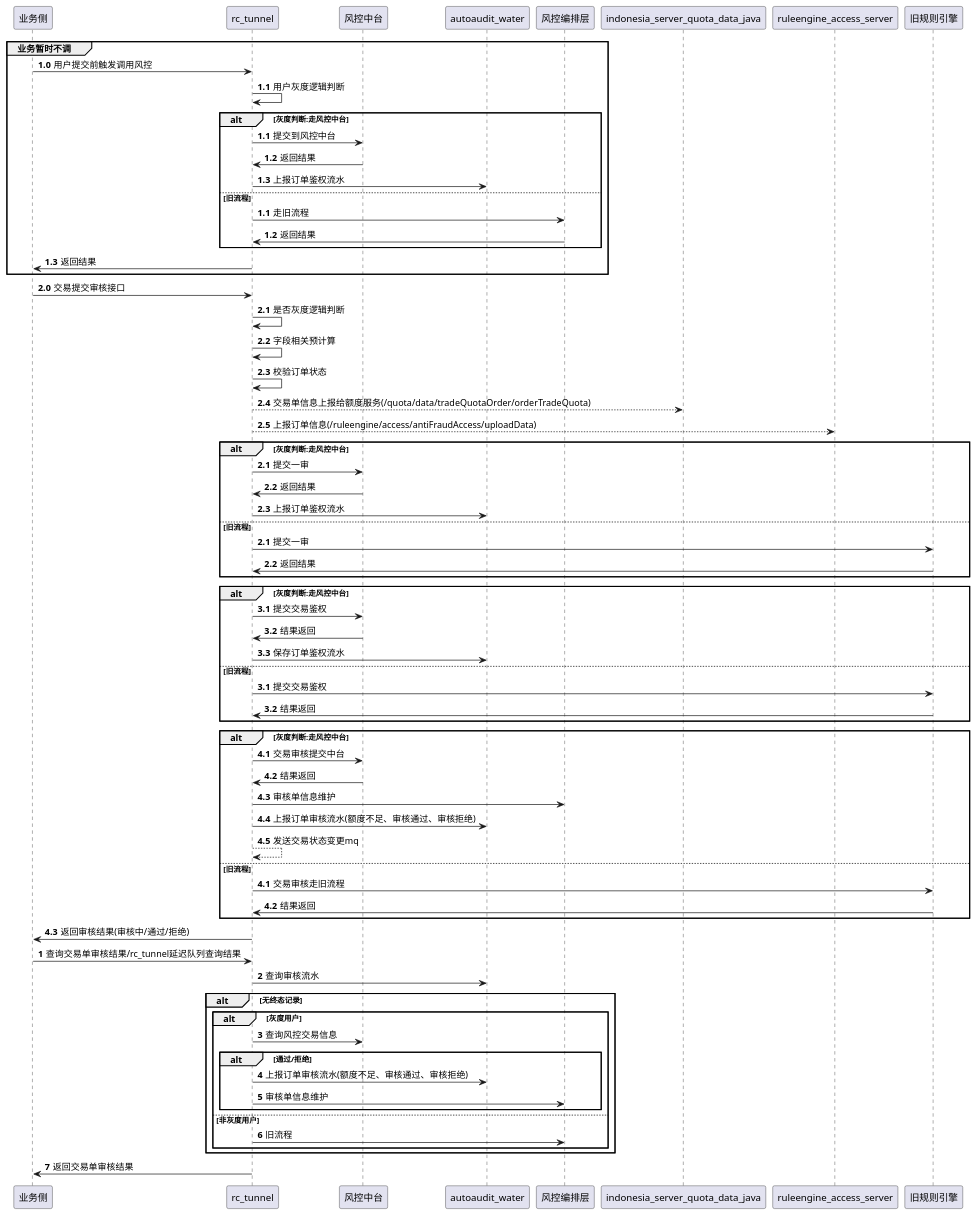
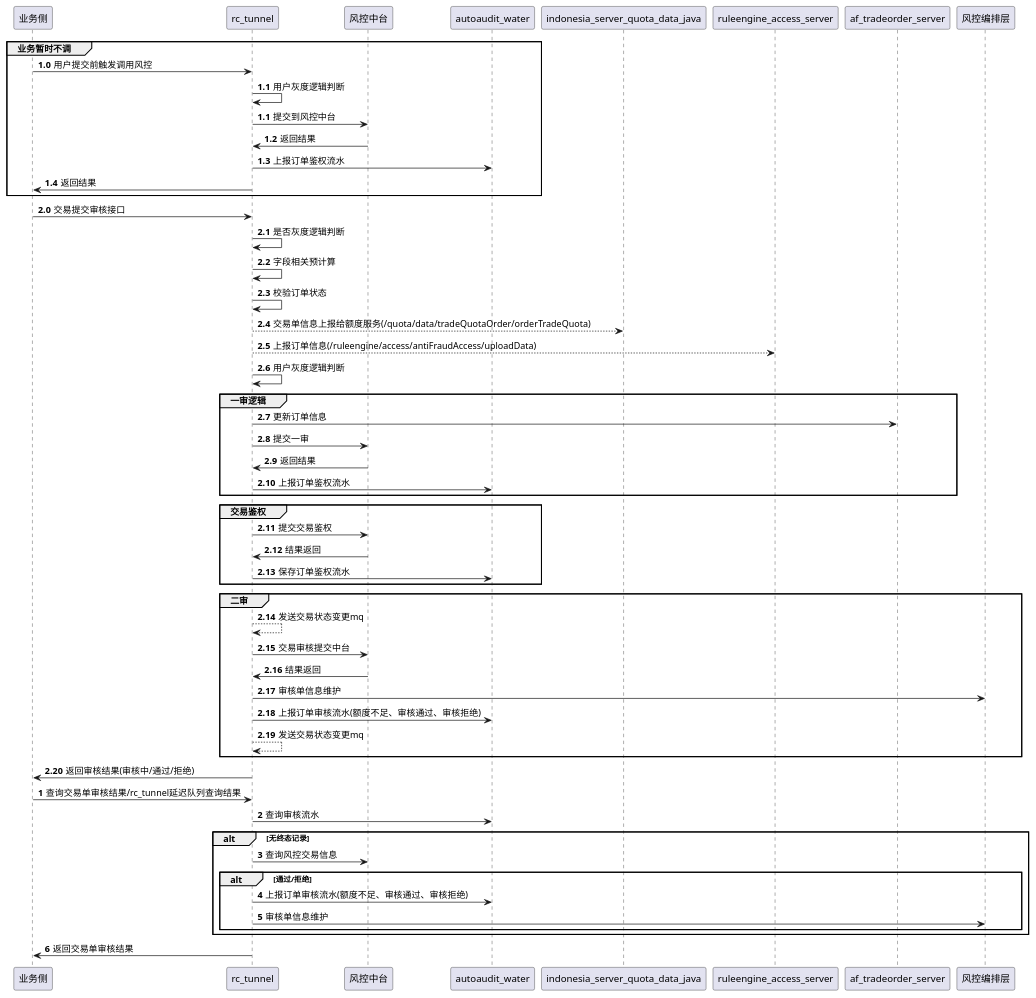
One commit to lujx98/algo changed the diagram in random/src/main/java/com/p2/技术方案-p2流程设计.puml. Above: the diagram before and after it, drawn with PlantUML. The commit also changed 2 other files, not shown here.

```diff
--- a/random/src/main/java/com/p2/技术方案-p2流程设计.puml
+++ b/random/src/main/java/com/p2/技术方案-p2流程设计.puml
@@ -1,107 +1,82 @@
 @startuml
 'https://plantuml.com/sequence-diagram
 
 
 autonumber
 
 group 业务暂时不调
 autonumber 1.0
 业务侧 -> rc_tunnel:用户提交前触发调用风控
 rc_tunnel -> rc_tunnel:用户灰度逻辑判断
-alt 灰度判断:走风控中台
+
     autonumber 1.1
     rc_tunnel -> 风控中台:提交到风控中台
     风控中台 -> rc_tunnel:返回结果
     rc_tunnel -> autoaudit_water:上报订单鉴权流水
-else 旧流程
-    autonumber 1.1
-    rc_tunnel -> 风控编排层:走旧流程
-    风控编排层 -> rc_tunnel: 返回结果
-end
+
+
 rc_tunnel -> 业务侧: 返回结果
 end
 
 
 
 
 
 autonumber 2.0
 业务侧 -> rc_tunnel: 交易提交审核接口
 rc_tunnel -> rc_tunnel : 是否灰度逻辑判断
 rc_tunnel -> rc_tunnel:字段相关预计算
 rc_tunnel -> rc_tunnel:校验订单状态
 rc_tunnel --> indonesia_server_quota_data_java:交易单信息上报给额度服务(/quota/data/tradeQuotaOrder/orderTradeQuota)
 rc_tunnel --> ruleengine_access_server:上报订单信息(/ruleengine/access/antiFraudAccess/uploadData)
-
+rc_tunnel -> rc_tunnel:用户灰度逻辑判断
 
 
 
 '一审逻辑
-alt 灰度判断:走风控中台
-    autonumber 2.1
+group 一审逻辑
+    rc_tunnel -> af_tradeorder_server:更新订单信息
     rc_tunnel -> 风控中台:提交一审
     风控中台 -> rc_tunnel:返回结果
     rc_tunnel -> autoaudit_water:上报订单鉴权流水
-else 旧流程
-    autonumber 2.1
-    rc_tunnel -> 旧规则引擎:提交一审
-    旧规则引擎 -> rc_tunnel: 返回结果
 end
 
 
 
 
-'交易鉴权
-autonumber 3.0
-alt 灰度判断:走风控中台
-    autonumber 3.1
+group 交易鉴权
     rc_tunnel -> 风控中台:提交交易鉴权
     风控中台 -> rc_tunnel:结果返回
     rc_tunnel -> autoaudit_water:保存订单鉴权流水
-else 旧流程
-    autonumber 3.1
-    rc_tunnel -> 旧规则引擎:提交交易鉴权
-    旧规则引擎 -> rc_tunnel:结果返回
 end
 
 
 
-
-'二审逻辑
-autonumber 4.0
-alt 灰度判断:走风控中台
-    autonumber 4.1
+group 二审
+    rc_tunnel --> rc_tunnel:发送交易状态变更mq
     rc_tunnel -> 风控中台:交易审核提交中台
     风控中台 -> rc_tunnel:结果返回
     rc_tunnel -> 风控编排层:审核单信息维护
     rc_tunnel -> autoaudit_water:上报订单审核流水(额度不足、审核通过、审核拒绝)
     rc_tunnel --> rc_tunnel:发送交易状态变更mq
-else 旧流程
-    autonumber 4.1
-    rc_tunnel -> 旧规则引擎:交易审核走旧流程
-    旧规则引擎 -> rc_tunnel:结果返回
 end
+
 rc_tunnel -> 业务侧: 返回审核结果(审核中/通过/拒绝)
-
 
 
 
 
 
 autonumber 1
 业务侧 -> rc_tunnel: 查询交易单审核结果/rc_tunnel延迟队列查询结果
 rc_tunnel -> autoaudit_water :查询审核流水
 alt 无终态记录
-    alt 灰度用户
         rc_tunnel -> 风控中台:查询风控交易信息
         '人工审核流水 怎么样操作？
         alt 通过/拒绝
             rc_tunnel -> autoaudit_water:上报订单审核流水(额度不足、审核通过、审核拒绝)
             rc_tunnel -> 风控编排层:审核单信息维护
         end
-    else 非灰度用户
-        rc_tunnel -> 风控编排层 : 旧流程
-    end
 end
 rc_tunnel -> 业务侧:返回交易单审核结果
 @enduml
```
